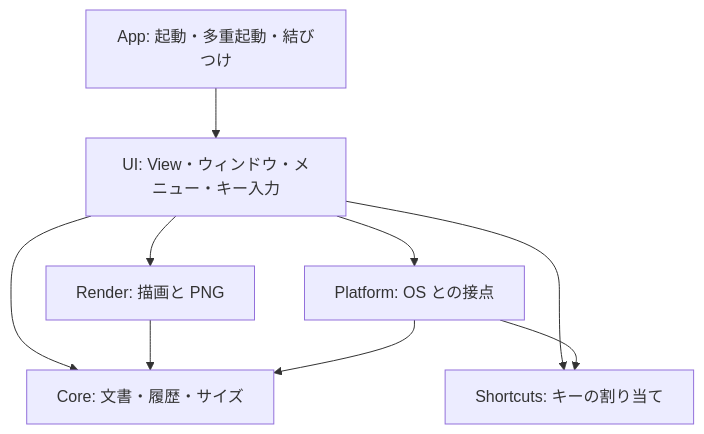
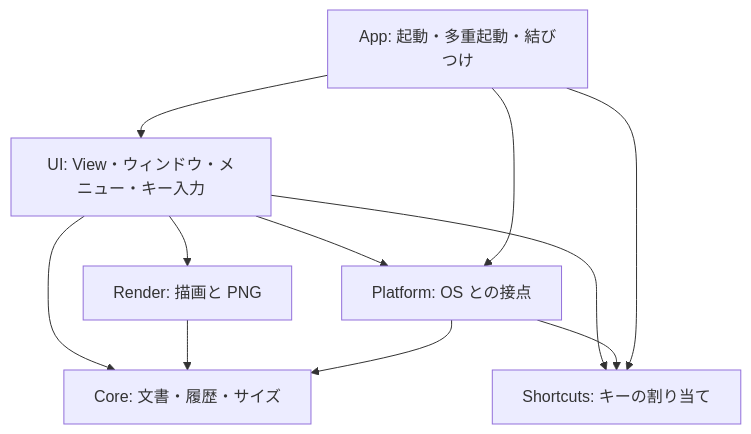
The diagram in docs/architecture.md (takemo101/shortnote), drawn with Mermaid before and after one commit. The commit also changed other lines of this file and 6 other files, not shown here.

First line of the commit message:
Docs: correct SPEC, architecture, references and the verification record after review

````diff
--- a/docs/architecture.md
+++ b/docs/architecture.md
@@ -17,11 +17,13 @@
 ```mermaid
 flowchart TD
     UI[UI: View・ウィンドウ・メニュー・キー入力] --> Render[Render: 描画と PNG]
     UI --> Platform[Platform: OS との接点]
     UI --> Core
     UI --> Shortcuts[Shortcuts: キーの割り当て]
     Render --> Core[Core: 文書・履歴・サイズ]
     Platform --> Core
     Platform --> Shortcuts
     App[App: 起動・多重起動・結びつけ] --> UI
+    App --> Platform
+    App --> Shortcuts
 ```
````
